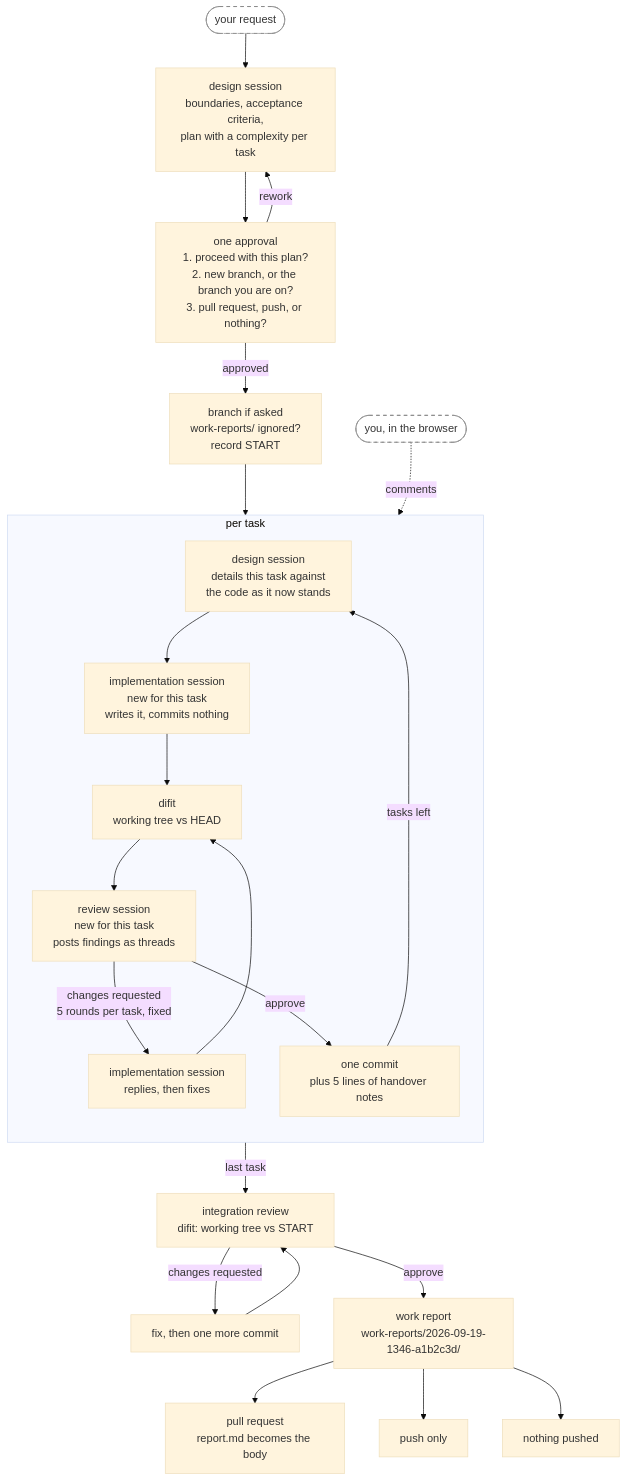
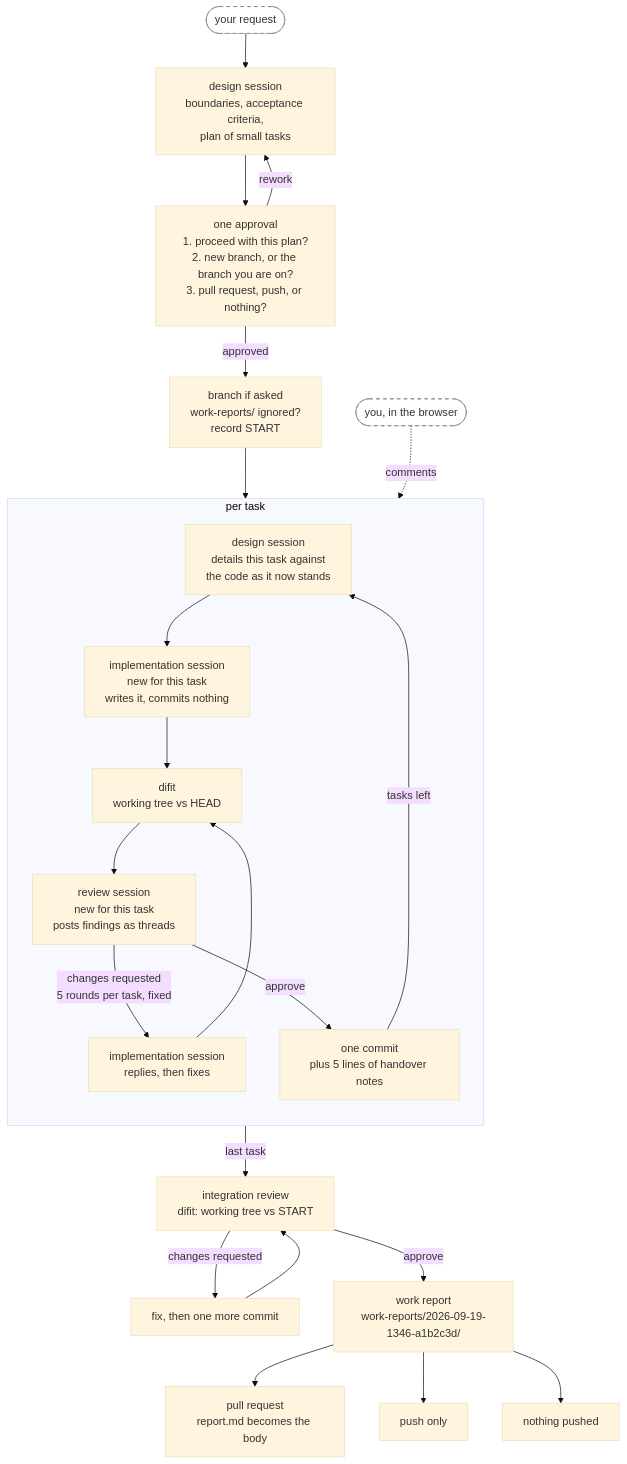
One commit to annetaan/claude-plugins changed the first of 2 diagrams in plugins/annetaan/README.md. Above: the diagram before and after it, drawn with Mermaid (base theme). The commit also changed other lines of this file and 12 other files, not shown here.

````diff
--- a/plugins/annetaan/README.md
+++ b/plugins/annetaan/README.md
@@ -33,36 +33,36 @@
 ```mermaid
 flowchart TD
-    req(["your request"]) --> design["design session<br/>boundaries, acceptance criteria,<br/>plan with a complexity per task"]
+    req(["your request"]) --> design["design session<br/>boundaries, acceptance criteria,<br/>plan of small tasks"]
     design --> ask["one approval<br/>1. proceed with this plan?<br/>2. new branch, or the branch you are on?<br/>3. pull request, push, or nothing?"]
     ask -->|rework| design
     ask -->|approved| setup["branch if asked<br/>work-reports/ ignored?<br/>record START"]
     setup --> detail
 
     subgraph task["per task"]
         direction TB
         detail["design session<br/>details this task against<br/>the code as it now stands"]
         impl["implementation session<br/>new for this task<br/>writes it, commits nothing"]
         difit["difit<br/>working tree vs HEAD"]
         review["review session<br/>new for this task<br/>posts findings as threads"]
         respond["implementation session<br/>replies, then fixes"]
         commit["one commit<br/>plus 5 lines of handover notes"]
         detail --> impl --> difit --> review
         review -->|"changes requested<br/>5 rounds per task, fixed"| respond
         respond --> difit
         review -->|approve| commit
         commit -->|tasks left| detail
     end
 
     commit -->|last task| integ["integration review<br/>difit: working tree vs START"]
     integ -->|changes requested| integfix["fix, then one more commit"]
     integfix --> integ
     integ -->|approve| report["work report<br/>work-reports/2026-09-19-1346-a1b2c3d/"]
     report --> pr["pull request<br/>report.md becomes the body"]
     report --> push["push only"]
     report --> local["nothing pushed"]
 
     you(["you, in the browser"]) -.->|comments| difit
 
     classDef human fill:#fff,stroke:#888,stroke-dasharray: 5 5
     class req,you human
 ```
````
